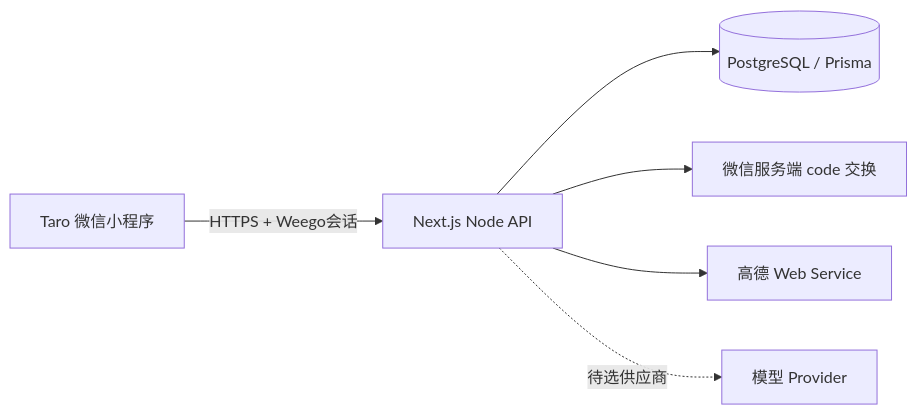
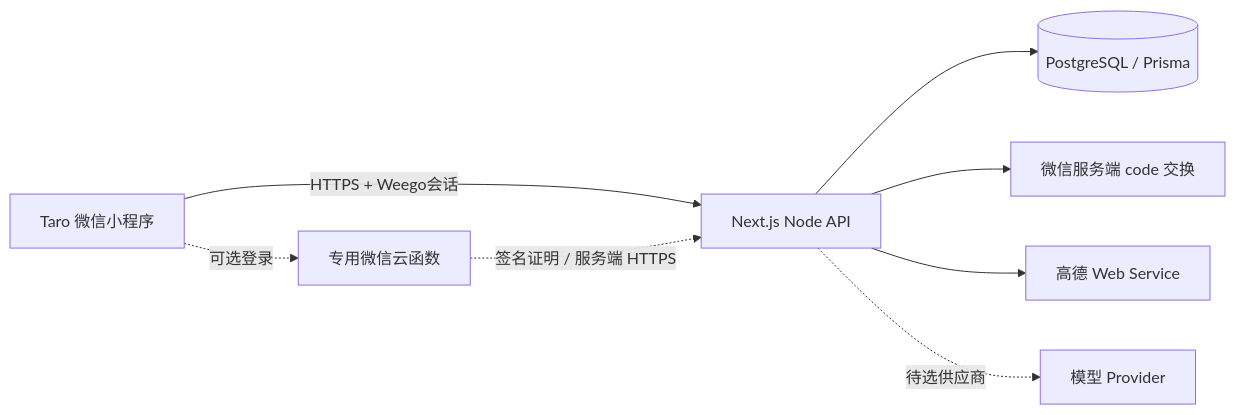
One commit to xuannian-123/WeeVibe changed the diagram in docs/team/architecture.md. Above: the diagram before and after it, drawn with Mermaid. The commit also changed other lines of this file and 31 other files, not shown here.

````diff
--- a/docs/team/architecture.md
+++ b/docs/team/architecture.md
@@ -5,8 +5,10 @@
 ```mermaid
 flowchart LR
   M[Taro 微信小程序] -->|HTTPS + Weego会话| A[Next.js Node API]
   A --> P[(PostgreSQL / Prisma)]
   A --> W[微信服务端 code 交换]
+  M -.可选登录.-> C[专用微信云函数]
+  C -.签名证明 / 服务端 HTTPS.-> A
   A --> G[高德 Web Service]
   A -.待选供应商.-> L[模型 Provider]
 ```
````
